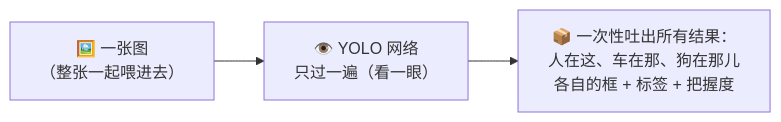
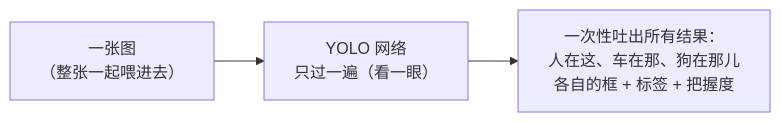
Before and after one commit to luckykhy/KhyAiHub: the second of 7 diagrams in docs/02_CONCEPTS_概念入门/CONCEPT/[CONCEPT-17] 什么是YOLO-实时目标检测.md, drawn with Mermaid. The commit also changed other lines of this file and 19 other files, not shown here.

````diff
--- a/docs/02_CONCEPTS_概念入门/CONCEPT/[CONCEPT-17] 什么是YOLO-实时目标检测.md
+++ b/docs/02_CONCEPTS_概念入门/CONCEPT/[CONCEPT-17] 什么是YOLO-实时目标检测.md
@@ -58,5 +58,5 @@
 ```mermaid
 flowchart LR
-  IMG["🖼️ 一张图<br/>（整张一起喂进去）"] --> YOLO["👁️ YOLO 网络<br/>只过一遍（看一眼）"]
-  YOLO --> OUT["📦 一次性吐出所有结果：<br/>人在这、车在那、狗在那儿<br/>各自的框 + 标签 + 把握度"]
+  IMG["一张图<br/>（整张一起喂进去）"] --> YOLO["YOLO 网络<br/>只过一遍（看一眼）"]
+  YOLO --> OUT["一次性吐出所有结果：<br/>人在这、车在那、狗在那儿<br/>各自的框 + 标签 + 把握度"]
 ```
````
